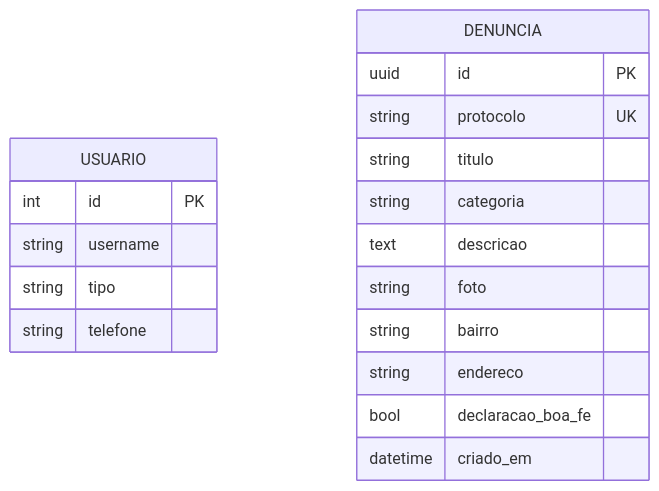
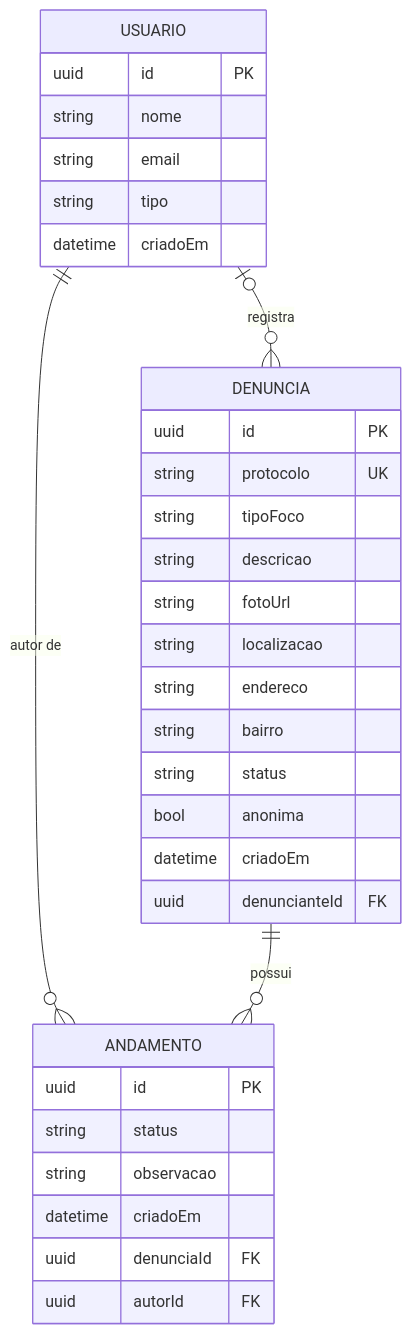
One commit to joaocarloss112/ContraVetores changed the second of 2 diagrams in README.md. Above: the diagram before and after it, drawn with Mermaid. The commit also changed other lines of this file, not shown here.

````diff
--- a/README.md
+++ b/README.md
@@ -66,21 +55,35 @@
 ```mermaid
 erDiagram
+    USUARIO |o--o{ DENUNCIA : "registra"
+    USUARIO ||--o{ ANDAMENTO : "autor de"
+    DENUNCIA ||--o{ ANDAMENTO : "possui"
     USUARIO {
-        int id PK
-        string username
+        uuid id PK
+        string nome
+        string email
         string tipo
-        string telefone
+        datetime criadoEm
     }
     DENUNCIA {
         uuid id PK
         string protocolo UK
-        string titulo
-        string categoria
-        text descricao
-        string foto
+        string tipoFoco
+        string descricao
+        string fotoUrl
+        string localizacao
+        string endereco
         string bairro
-        string endereco
-        bool declaracao_boa_fe
-        datetime criado_em
+        string status
+        bool anonima
+        datetime criadoEm
+        uuid denuncianteId FK
+    }
+    ANDAMENTO {
+        uuid id PK
+        string status
+        string observacao
+        datetime criadoEm
+        uuid denunciaId FK
+        uuid autorId FK
     }
 ```
````
